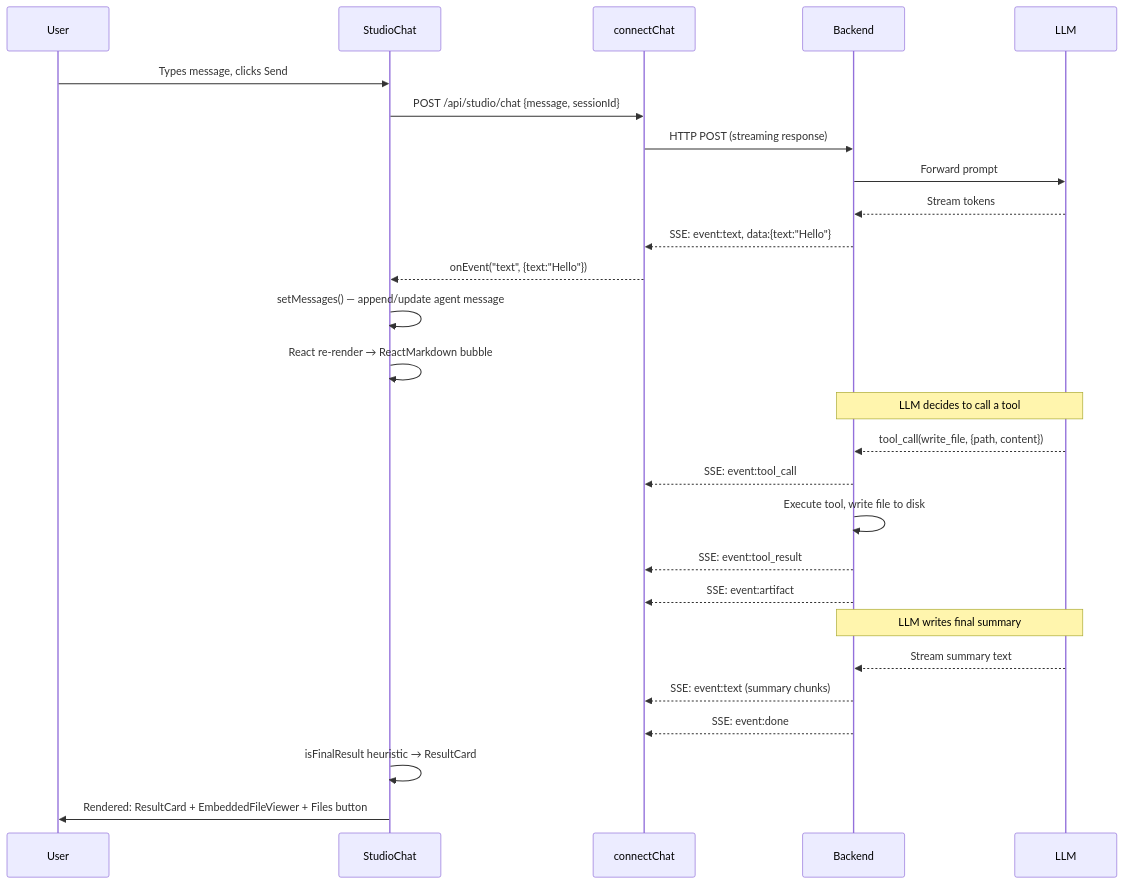
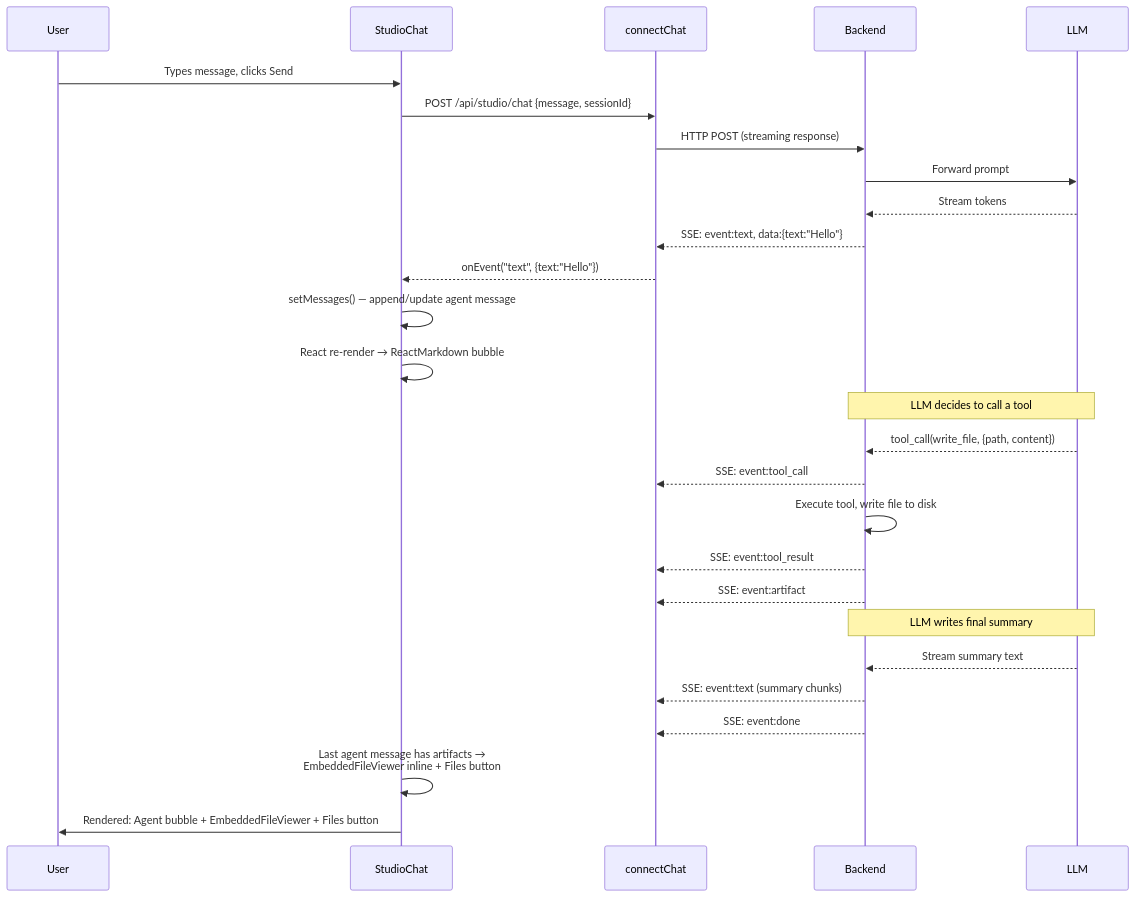
The second of 7 diagrams in docs/architecture/chat-rendering-pipeline.md (schardosin/astonish), drawn with Mermaid before and after one commit. The commit also changed other lines of this file and 10 other files, not shown here.

First line of the commit message:
fix: remove ResultCard, promote skill_lookup, titleDone channel, streaming title dedup

````diff
--- a/docs/architecture/chat-rendering-pipeline.md
+++ b/docs/architecture/chat-rendering-pipeline.md
@@ -24,33 +24,33 @@
 ```mermaid
 sequenceDiagram
     participant User
     participant StudioChat
     participant connectChat
     participant Backend
     participant LLM
 
     User->>StudioChat: Types message, clicks Send
     StudioChat->>connectChat: POST /api/studio/chat {message, sessionId}
     connectChat->>Backend: HTTP POST (streaming response)
     Backend->>LLM: Forward prompt
     LLM-->>Backend: Stream tokens
     Backend-->>connectChat: SSE: event:text, data:{text:"Hello"}
     connectChat-->>StudioChat: onEvent("text", {text:"Hello"})
     StudioChat->>StudioChat: setMessages() — append/update agent message
     StudioChat->>StudioChat: React re-render → ReactMarkdown bubble
 
     Note over Backend,LLM: LLM decides to call a tool
     LLM-->>Backend: tool_call(write_file, {path, content})
     Backend-->>connectChat: SSE: event:tool_call
     Backend->>Backend: Execute tool, write file to disk
     Backend-->>connectChat: SSE: event:tool_result
     Backend-->>connectChat: SSE: event:artifact
 
     Note over Backend,LLM: LLM writes final summary
     LLM-->>Backend: Stream summary text
     Backend-->>connectChat: SSE: event:text (summary chunks)
     Backend-->>connectChat: SSE: event:done
 
-    StudioChat->>StudioChat: isFinalResult heuristic → ResultCard
-    StudioChat->>User: Rendered: ResultCard + EmbeddedFileViewer + Files button
+    StudioChat->>StudioChat: Last agent message has artifacts →<br/>EmbeddedFileViewer inline + Files button
+    StudioChat->>User: Rendered: Agent bubble + EmbeddedFileViewer + Files button
 ```
````
